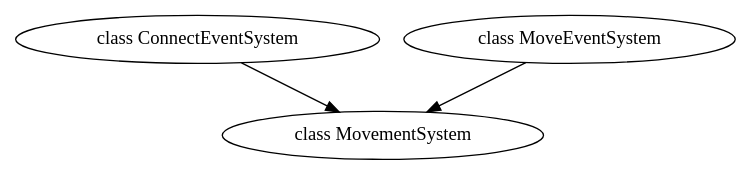
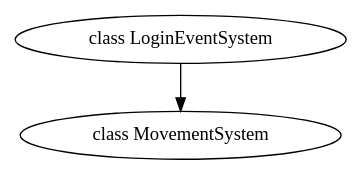
One commit to Vallhup/JobGraph-Study changed the diagram in Server/JobGraph Study/graph.gv. Above: the diagram before and after it, drawn with Graphviz. The commit also changed 30 other files, not shown here.

```diff
--- a/Server/JobGraph Study/graph.gv
+++ b/Server/JobGraph Study/graph.gv
@@ -1,5 +1,4 @@
 digraph JobGraph {
-  "class ConnectEventSystem" -> "class MovementSystem";
-  "class MoveEventSystem" -> "class MovementSystem";
+  "class LoginEventSystem" -> "class MovementSystem";
   "class MovementSystem";
 }
```
